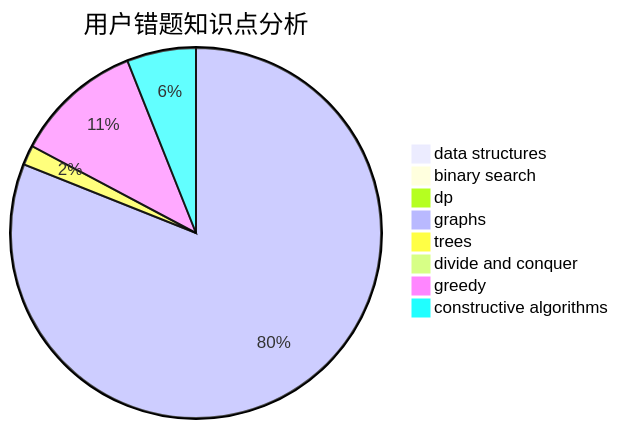
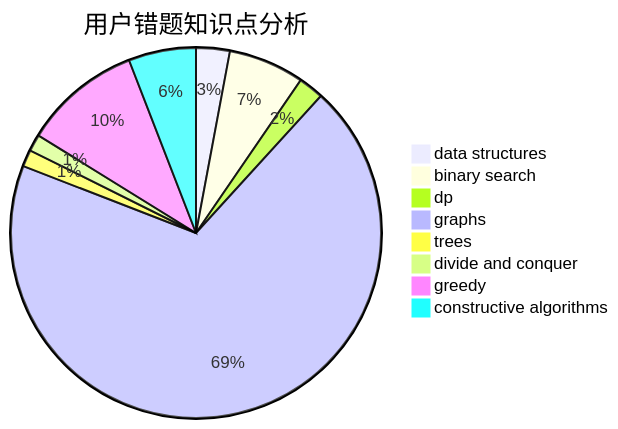
Before and after one commit to sherpahu/cfrs.github.io: the third of 3 diagrams in docs/user/u1424.md, drawn with Mermaid. The commit also changed other lines of this file and 2770 other files, not shown here.

````diff
--- a/docs/user/u1424.md
+++ b/docs/user/u1424.md
@@ -36,11 +36,11 @@
 ```mermaid
 pie title 用户错题知识点分析
-    "data structures" :  0
-    "binary search" :  1
-    "dp" :  1
+    "data structures" :  4
+    "binary search" :  9
+    "dp" :  3
     "graphs" :  94
     "trees" :  2
-    "divide and conquer" :  0
-    "greedy" :  13
-    "constructive algorithms" :  7
+    "divide and conquer" :  2
+    "greedy" :  14
+    "constructive algorithms" :  8
 ```
````
